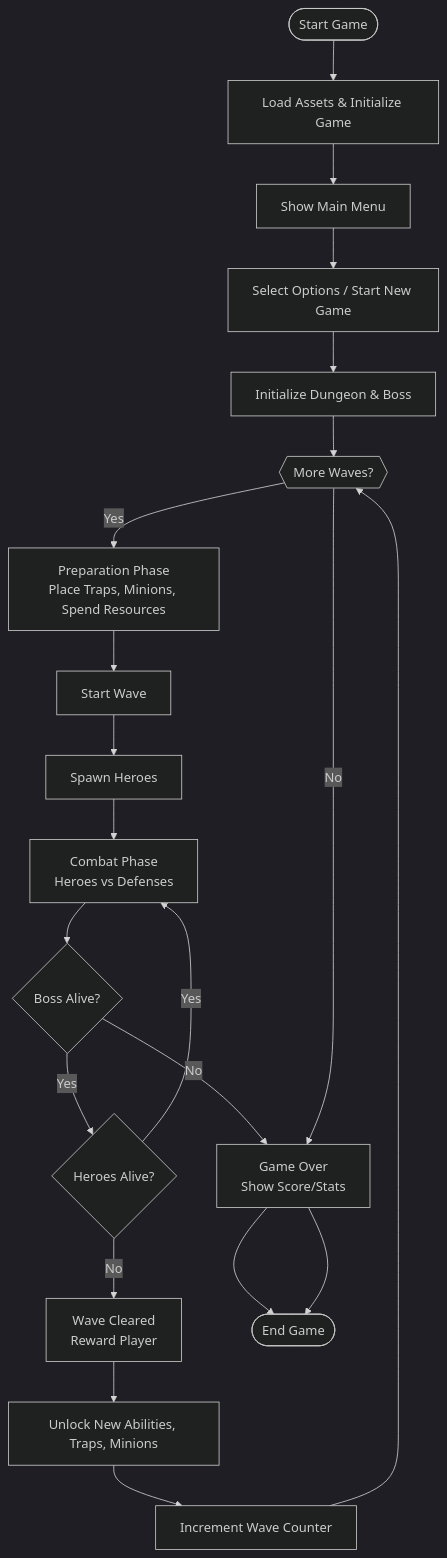
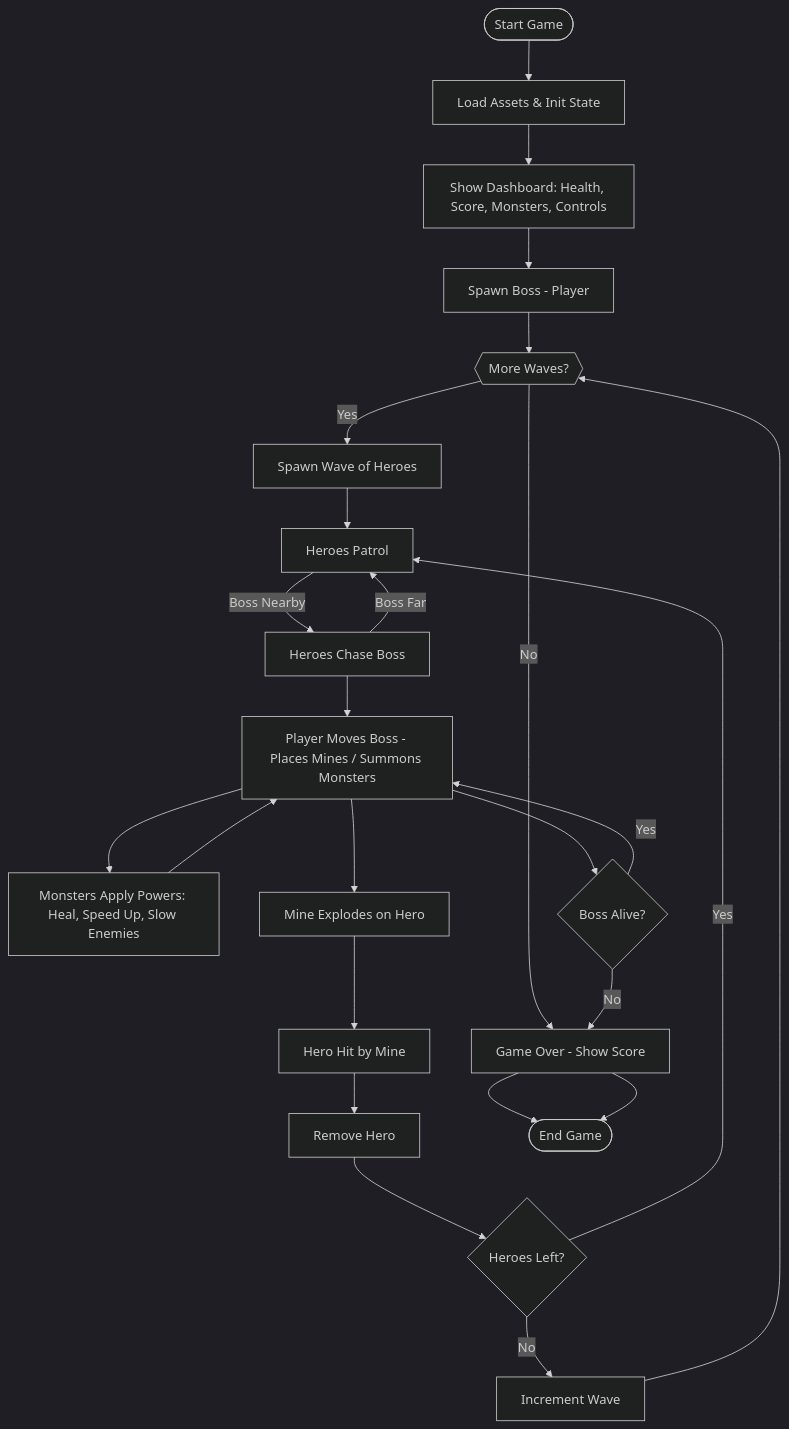
The diagram in .docs/flow.md (lfbn/reverse-dungeon), drawn with Mermaid (dark theme) before and after one commit.

Commit message:
Update flowchart in flow.md: refine game flow by adding dashboard display, boss spawning, and detailed hero actions; streamline wave management and combat phases for improved clarity.

````diff
--- a/.docs/flow.md
+++ b/.docs/flow.md
@@ -1,29 +1,37 @@
 ```mermaid
 flowchart TD
     Start([Start Game])
-    LoadAssets[Load Assets & Initialize Game]
-    MainMenu[Show Main Menu]
-    SelectOptions[Select Options / Start New Game]
-    InitDungeon[Initialize Dungeon & Boss]
+    LoadAssets[Load Assets & Init State]
+    ShowDashboard[Show Dashboard: Health, Score, Monsters, Controls]
+    SpawnBoss[Spawn Boss - Player]
     WaveLoop{{More Waves?}}
-    Prepare[Preparation Phase\nPlace Traps, Minions, Spend Resources]
-    StartWave[Start Wave]
-    SpawnHeroes[Spawn Heroes]
-    Combat[Combat Phase\nHeroes vs Defenses]
+    SpawnWave[Spawn Wave of Heroes]
+    HeroPatrol[Heroes Patrol]
+    HeroChase[Heroes Chase Boss]
+    PlayerActions[Player Moves Boss - Places Mines / Summons Monsters]
+    MonsterPowers[Monsters Apply Powers: Heal, Speed Up, Slow Enemies]
+    MineExplode[Mine Explodes on Hero]
+    HeroHit[Hero Hit by Mine]
+    RemoveHero[Remove Hero]
     CheckBossAlive{Boss Alive?}
-    CheckHeroesAlive{Heroes Alive?}
-    WinWave[Wave Cleared\nReward Player]
-    NextWave[Increment Wave Counter]
-    GameOver[Game Over\nShow Score/Stats]
-    Unlocks[Unlock New Abilities, Traps, Minions]
+    CheckHeroesAlive{Heroes Left?}
+    NextWave[Increment Wave]
+    GameOver[Game Over - Show Score]
     End([End Game])
 
-    Start --> LoadAssets --> MainMenu --> SelectOptions --> InitDungeon --> WaveLoop
-    WaveLoop -- Yes --> Prepare --> StartWave --> SpawnHeroes --> Combat
-    Combat --> CheckBossAlive
+    Start --> LoadAssets --> ShowDashboard --> SpawnBoss --> WaveLoop
+    WaveLoop -- Yes --> SpawnWave --> HeroPatrol
+    HeroPatrol -->|Boss Nearby| HeroChase
+    HeroChase -->|Boss Far| HeroPatrol
+    HeroChase --> PlayerActions
+    PlayerActions --> MonsterPowers
+    PlayerActions --> MineExplode
+    MonsterPowers --> PlayerActions
+    MineExplode --> HeroHit --> RemoveHero --> CheckHeroesAlive
+    CheckHeroesAlive -- Yes --> HeroPatrol
+    CheckHeroesAlive -- No --> NextWave --> WaveLoop
+    WaveLoop -- No --> GameOver --> End
+    PlayerActions --> CheckBossAlive
     CheckBossAlive -- No --> GameOver --> End
-    CheckBossAlive -- Yes --> CheckHeroesAlive
-    CheckHeroesAlive -- No --> WinWave --> Unlocks --> NextWave --> WaveLoop
-    CheckHeroesAlive -- Yes --> Combat
-    WaveLoop -- No --> GameOver --> End
+    CheckBossAlive -- Yes --> PlayerActions
 ```
````
